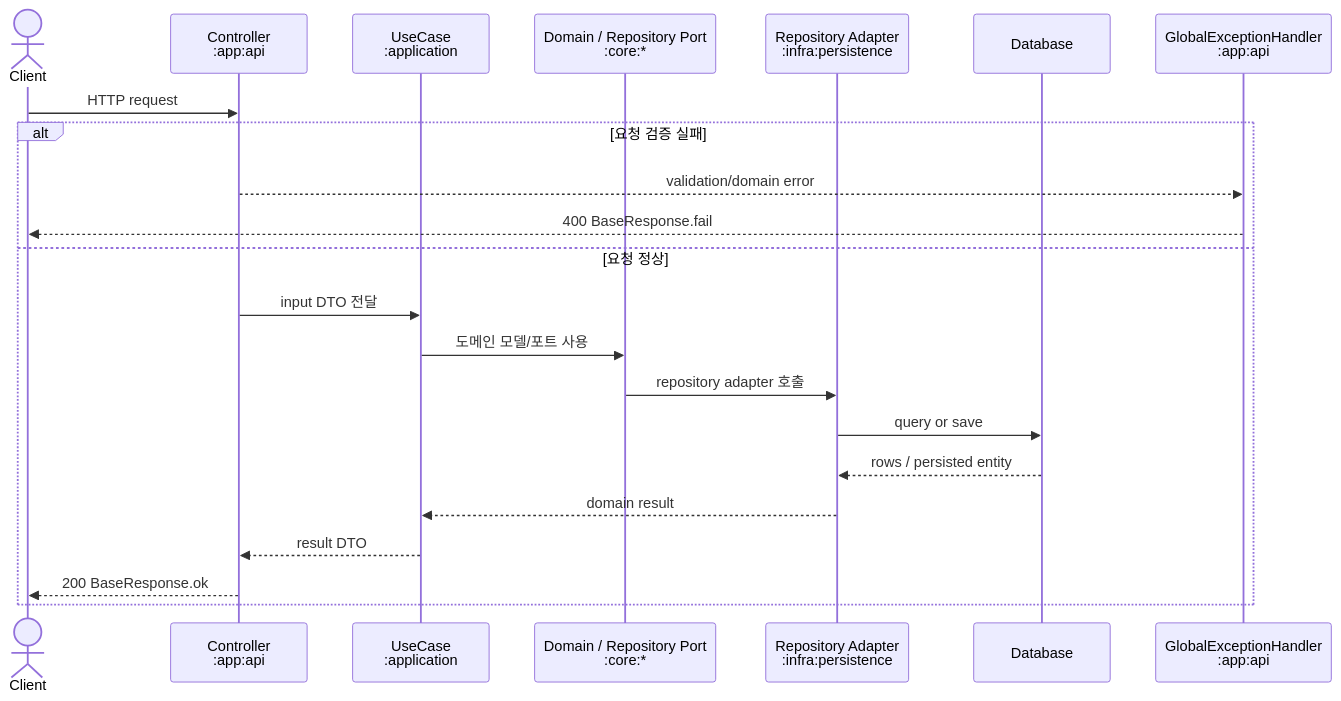
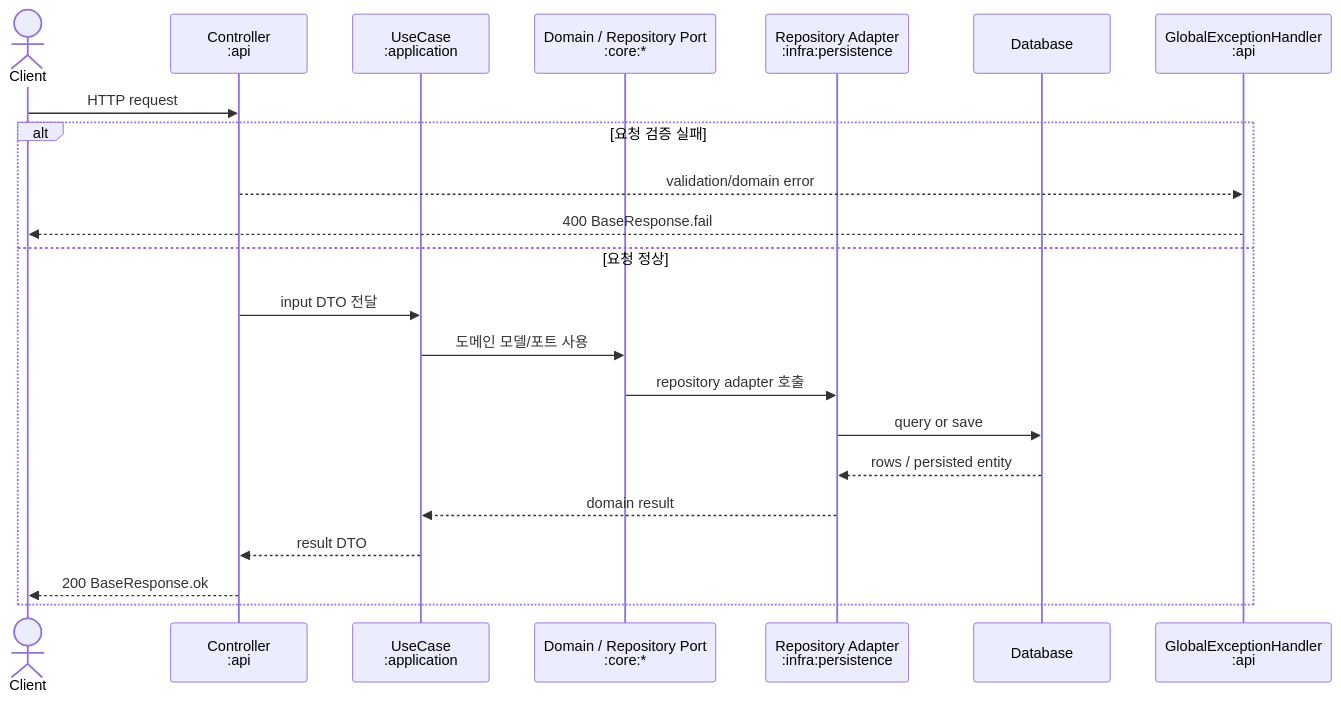
One commit to team-skyjs/kbap-server changed the first of 3 diagrams in docs/architecture/api-request-flows.md. Above: the diagram before and after it, drawn with Mermaid. The commit also changed other lines of this file and 347 other files, not shown here.

First line of the commit message:
refactor(module): app 껍데기 컨테이너 제거 — :api·:batch 루트 승격, 패키지 com.kbap.{api,batch} 통일

````diff
--- a/docs/architecture/api-request-flows.md
+++ b/docs/architecture/api-request-flows.md
@@ -24,25 +24,25 @@
 ```mermaid
 sequenceDiagram
     actor Client
-    participant Controller as Controller<br/>:app:api
+    participant Controller as Controller<br/>:api
     participant UseCase as UseCase<br/>:application
     participant Core as Domain / Repository Port<br/>:core:*
     participant Persistence as Repository Adapter<br/>:infra:persistence
     participant DB as Database
-    participant Error as GlobalExceptionHandler<br/>:app:api
+    participant Error as GlobalExceptionHandler<br/>:api
 
     Client->>Controller: HTTP request
     alt 요청 검증 실패
         Controller-->>Error: validation/domain error
         Error-->>Client: 400 BaseResponse.fail
     else 요청 정상
         Controller->>UseCase: input DTO 전달
         UseCase->>Core: 도메인 모델/포트 사용
         Core->>Persistence: repository adapter 호출
         Persistence->>DB: query or save
         DB-->>Persistence: rows / persisted entity
         Persistence-->>UseCase: domain result
         UseCase-->>Controller: result DTO
         Controller-->>Client: 200 BaseResponse.ok
     end
 ```
````
